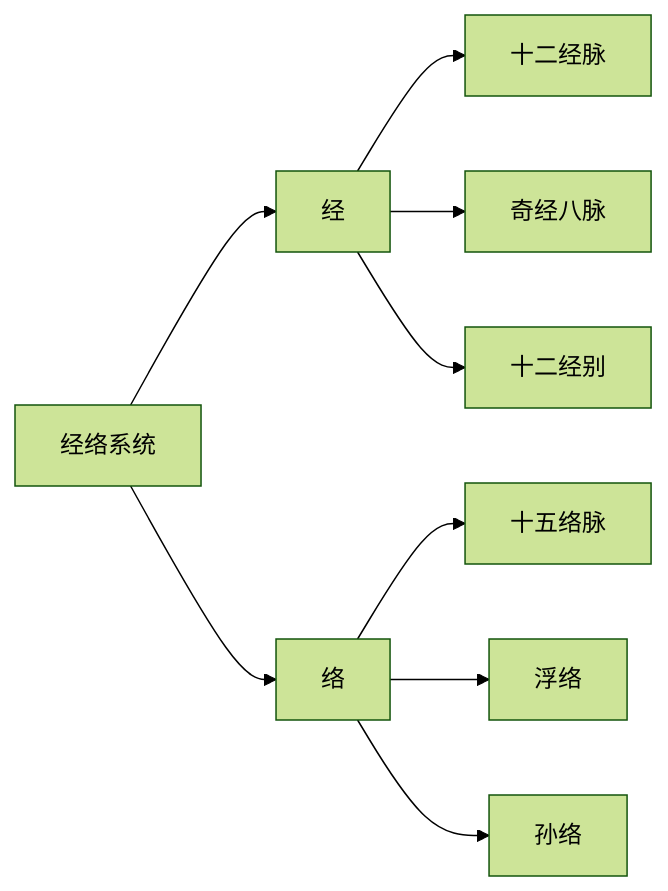
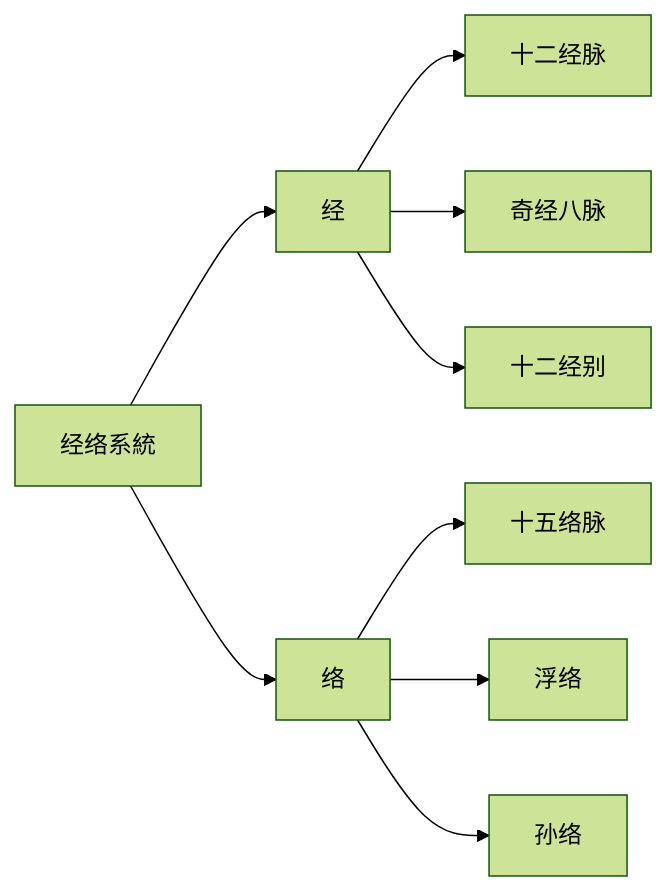
One commit to kmjade/knowledge-value changed the first of 6 diagrams in 3 Resources/01-Tech/🏥 专业知识/耳穴知识库/01-基础知识/经络理论.md. Above: the diagram before and after it, drawn with Mermaid (forest theme). The commit also changed other lines of this file and 653 other files, not shown here.

````diff
--- a/3 Resources/01-Tech/🏥 专业知识/耳穴知识库/01-基础知识/经络理论.md
+++ b/3 Resources/01-Tech/🏥 专业知识/耳穴知识库/01-基础知识/经络理论.md
@@ -45,13 +45,13 @@
 ```mermaid
 graph LR
-    A[经络系统] --> B[经]
+    A[经络系統] --> B[经]
     A --> C[络]
 
     B --> B1[十二经脉]
     B --> B2[奇经八脉]
     B --> B3[十二经别]
 
     C --> C1[十五络脉]
     C --> C2[浮络]
     C --> C3[孙络]
 ```
````
